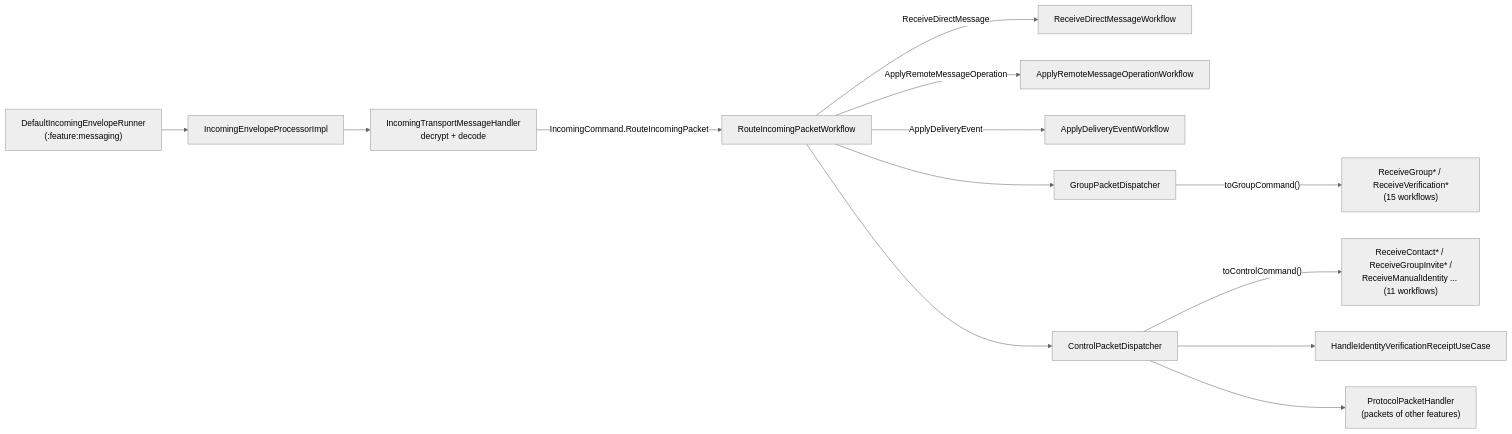
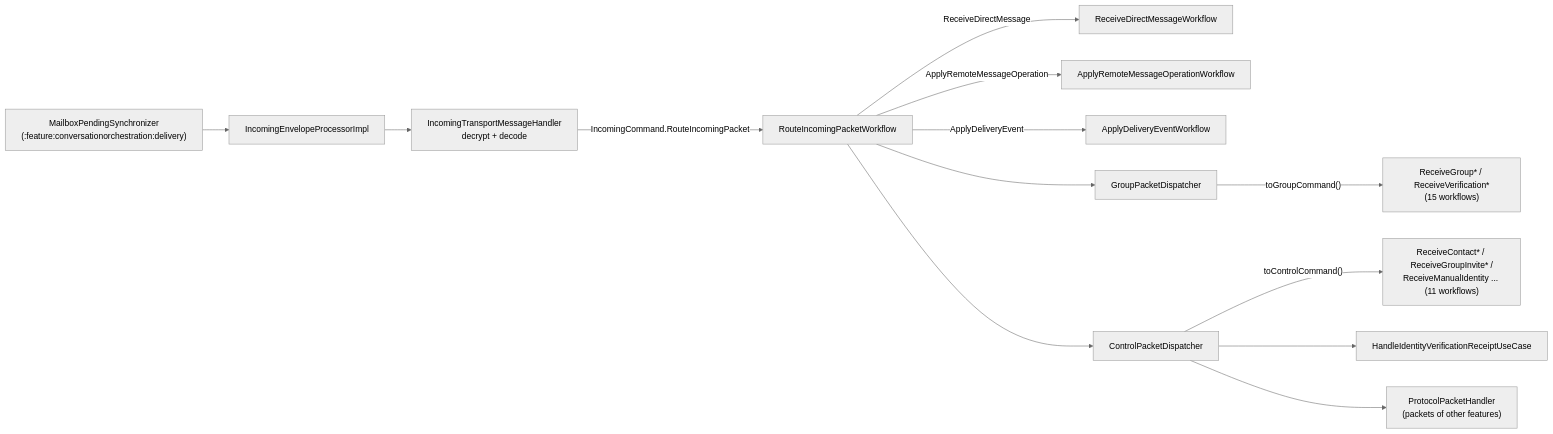
Before and after one commit to cbgm/Sparrow: the sixth of 6 diagrams in docs/architecture/conversation-orchestration.md, drawn with Mermaid (neutral theme). The commit also changed 231 other files, not shown here.

````diff
--- a/docs/architecture/conversation-orchestration.md
+++ b/docs/architecture/conversation-orchestration.md
@@ -370,15 +370,15 @@
 ```mermaid
 flowchart LR
-    RUN["DefaultIncomingEnvelopeRunner<br/>(:feature:messaging)"] --> PROC[IncomingEnvelopeProcessorImpl]
+    RUN["MailboxPendingSynchronizer<br/>(:feature:conversationorchestration:delivery)"] --> PROC[IncomingEnvelopeProcessorImpl]
     PROC --> HANDLER["IncomingTransportMessageHandler<br/>decrypt + decode"]
     HANDLER -->|"IncomingCommand.RouteIncomingPacket"| ROUTE[RouteIncomingPacketWorkflow]
     ROUTE -->|ReceiveDirectMessage| DIRECT[ReceiveDirectMessageWorkflow]
     ROUTE -->|ApplyRemoteMessageOperation| OP[ApplyRemoteMessageOperationWorkflow]
     ROUTE -->|ApplyDeliveryEvent| RECEIPT[ApplyDeliveryEventWorkflow]
     ROUTE --> GROUP[GroupPacketDispatcher]
     ROUTE --> CONTROL[ControlPacketDispatcher]
     GROUP -->|"toGroupCommand()"| GW["ReceiveGroup* / ReceiveVerification*<br/>(15 workflows)"]
     CONTROL -->|"toControlCommand()"| CW["ReceiveContact* / ReceiveGroupInvite* /<br/>ReceiveManualIdentity ... (11 workflows)"]
     CONTROL --> RECEIPTS["HandleIdentityVerificationReceiptUseCase"]
     CONTROL --> OTHER["ProtocolPacketHandler<br/>(packets of other features)"]
 ```
````
